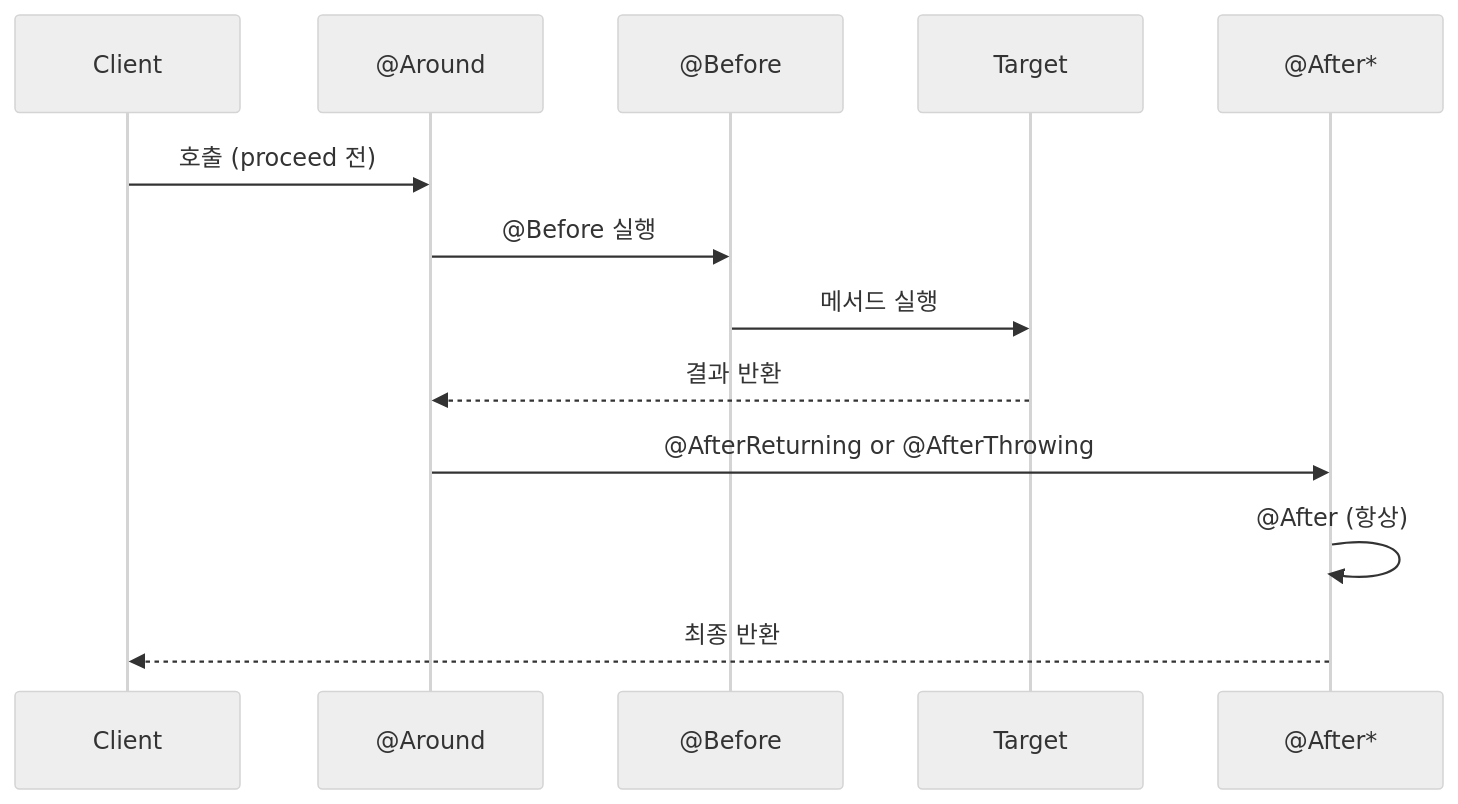
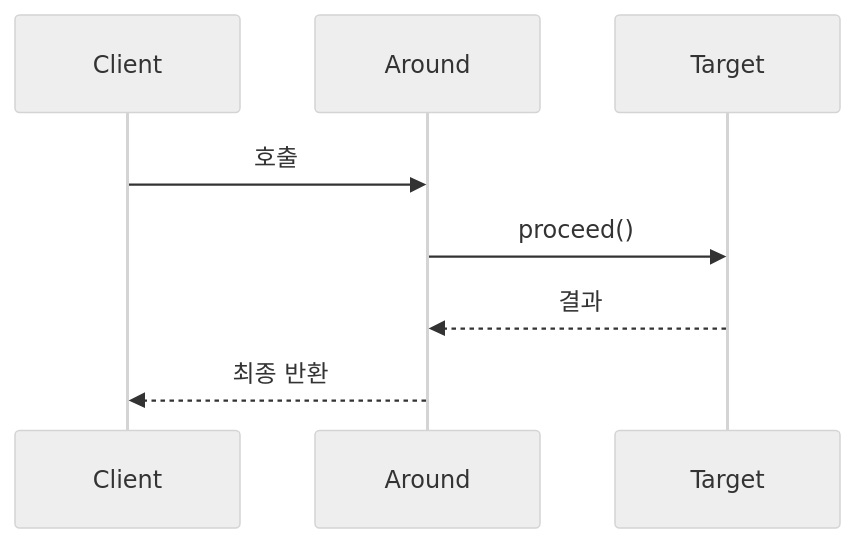
Before and after one commit to yjkim2015/yjkim2015.github.io: the sixth of 11 diagrams in _posts/spring/2026-05-02-spring-core-advanced.md, drawn with Mermaid (neutral theme). The commit also changed other lines of this file and 155 other files, not shown here.

First line of the commit message:
Mermaid 전면 수정: subgraph 제거, participant/노드/줄수 축소 (342블록)

````diff
--- a/_posts/spring/2026-05-02-spring-core-advanced.md
+++ b/_posts/spring/2026-05-02-spring-core-advanced.md
@@ -367,15 +358,10 @@
 ```mermaid
 sequenceDiagram
     participant C as Client
-    participant AR as @Around
-    participant B as @Before
+    participant AR as Around
     participant T as Target
-    participant AF as @After*
-    C->>AR: 호출 (proceed 전)
-    AR->>B: @Before 실행
-    B->>T: 메서드 실행
-    T-->>AR: 결과 반환
-    AR->>AF: @AfterReturning or @AfterThrowing
-    AF->>AF: @After (항상)
-    AF-->>C: 최종 반환
+    C->>AR: 호출
+    AR->>T: proceed()
+    T-->>AR: 결과
+    AR-->>C: 최종 반환
 ```
````
